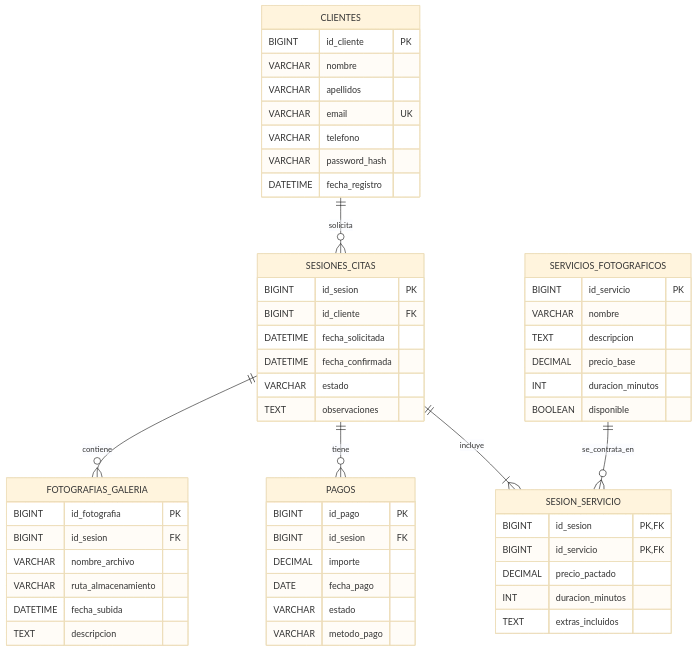
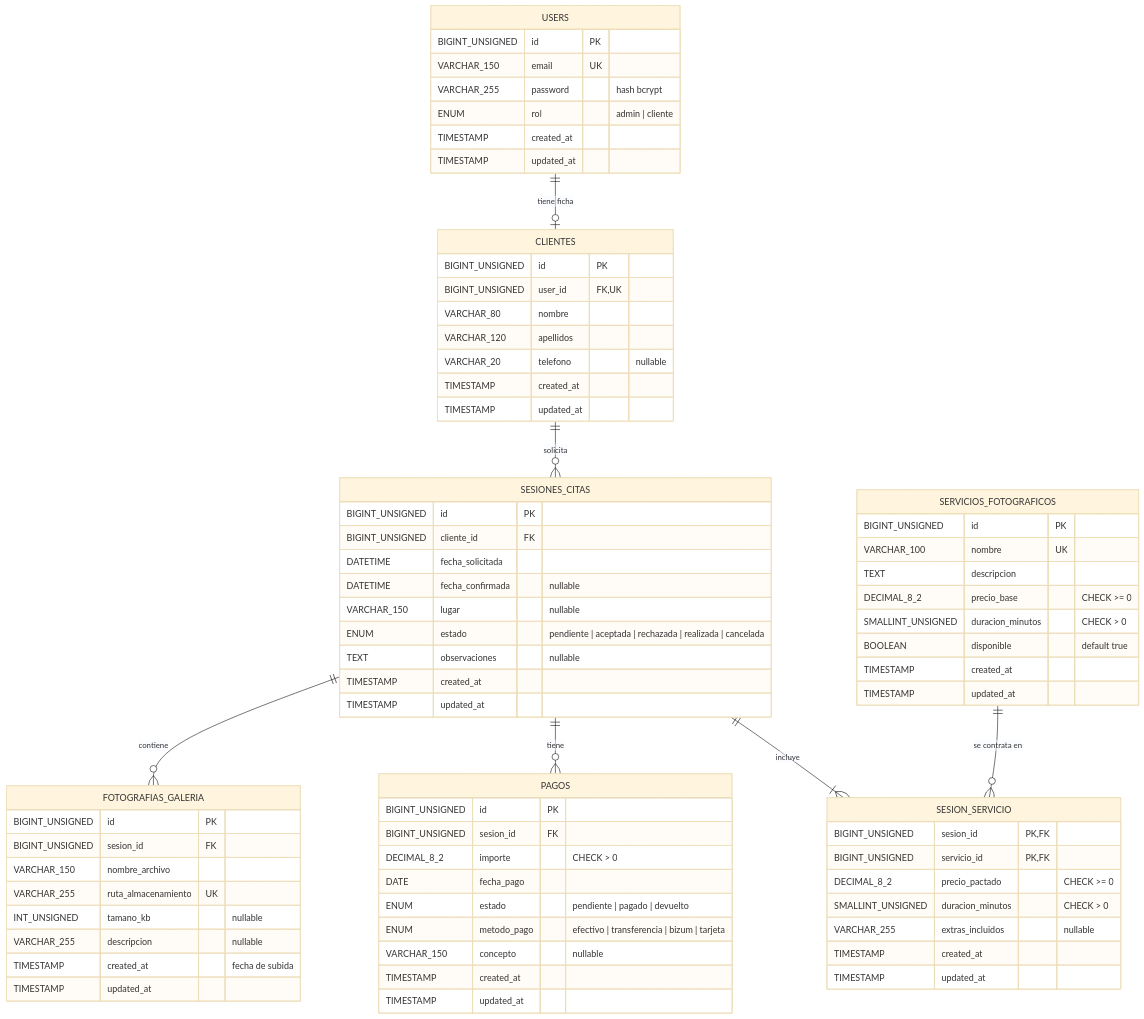
One commit to barbararequejo/daw-proyecto-fotogest-pro changed the diagram in docs/der.md. Above: the diagram before and after it, drawn with Mermaid (base theme). The commit also changed other lines of this file and 1 other file, not shown here.

Commit message:
docs: actualizar DER con tabla users y restricciones y añadir diccionario de datos

````diff
--- a/docs/der.md
+++ b/docs/der.md
@@ -11,62 +11,84 @@
 ```mermaid
 erDiagram
+    USERS ||--o| CLIENTES : "tiene ficha"
     CLIENTES ||--o{ SESIONES_CITAS : solicita
     SESIONES_CITAS ||--|{ SESION_SERVICIO : incluye
-    SERVICIOS_FOTOGRAFICOS ||--o{ SESION_SERVICIO : se_contrata_en
+    SERVICIOS_FOTOGRAFICOS ||--o{ SESION_SERVICIO : "se contrata en"
     SESIONES_CITAS ||--o{ PAGOS : tiene
     SESIONES_CITAS ||--o{ FOTOGRAFIAS_GALERIA : contiene
 
+    USERS {
+        BIGINT_UNSIGNED id PK
+        VARCHAR_150 email UK
+        VARCHAR_255 password "hash bcrypt"
+        ENUM rol "admin | cliente"
+        TIMESTAMP created_at
+        TIMESTAMP updated_at
+    }
+
     CLIENTES {
-        BIGINT id_cliente PK
-        VARCHAR nombre
-        VARCHAR apellidos
-        VARCHAR email UK
-        VARCHAR telefono
-        VARCHAR password_hash
-        DATETIME fecha_registro
+        BIGINT_UNSIGNED id PK
+        BIGINT_UNSIGNED user_id FK,UK
+        VARCHAR_80 nombre
+        VARCHAR_120 apellidos
+        VARCHAR_20 telefono "nullable"
+        TIMESTAMP created_at
+        TIMESTAMP updated_at
     }
 
     SERVICIOS_FOTOGRAFICOS {
-        BIGINT id_servicio PK
-        VARCHAR nombre
+        BIGINT_UNSIGNED id PK
+        VARCHAR_100 nombre UK
         TEXT descripcion
-        DECIMAL precio_base
-        INT duracion_minutos
-        BOOLEAN disponible
+        DECIMAL_8_2 precio_base "CHECK >= 0"
+        SMALLINT_UNSIGNED duracion_minutos "CHECK > 0"
+        BOOLEAN disponible "default true"
+        TIMESTAMP created_at
+        TIMESTAMP updated_at
     }
 
     SESIONES_CITAS {
-        BIGINT id_sesion PK
-        BIGINT id_cliente FK
+        BIGINT_UNSIGNED id PK
+        BIGINT_UNSIGNED cliente_id FK
         DATETIME fecha_solicitada
-        DATETIME fecha_confirmada
-        VARCHAR estado
-        TEXT observaciones
+        DATETIME fecha_confirmada "nullable"
+        VARCHAR_150 lugar "nullable"
+        ENUM estado "pendiente | aceptada | rechazada | realizada | cancelada"
+        TEXT observaciones "nullable"
+        TIMESTAMP created_at
+        TIMESTAMP updated_at
     }
 
     SESION_SERVICIO {
-        BIGINT id_sesion PK, FK
-        BIGINT id_servicio PK, FK
-        DECIMAL precio_pactado
-        INT duracion_minutos
-        TEXT extras_incluidos
+        BIGINT_UNSIGNED sesion_id PK,FK
+        BIGINT_UNSIGNED servicio_id PK,FK
+        DECIMAL_8_2 precio_pactado "CHECK >= 0"
+        SMALLINT_UNSIGNED duracion_minutos "CHECK > 0"
+        VARCHAR_255 extras_incluidos "nullable"
+        TIMESTAMP created_at
+        TIMESTAMP updated_at
     }
 
     PAGOS {
-        BIGINT id_pago PK
-        BIGINT id_sesion FK
-        DECIMAL importe
+        BIGINT_UNSIGNED id PK
+        BIGINT_UNSIGNED sesion_id FK
+        DECIMAL_8_2 importe "CHECK > 0"
         DATE fecha_pago
-        VARCHAR estado
-        VARCHAR metodo_pago
+        ENUM estado "pendiente | pagado | devuelto"
+        ENUM metodo_pago "efectivo | transferencia | bizum | tarjeta"
+        VARCHAR_150 concepto "nullable"
+        TIMESTAMP created_at
+        TIMESTAMP updated_at
     }
 
     FOTOGRAFIAS_GALERIA {
-        BIGINT id_fotografia PK
-        BIGINT id_sesion FK
-        VARCHAR nombre_archivo
-        VARCHAR ruta_almacenamiento
-        DATETIME fecha_subida
-        TEXT descripcion
+        BIGINT_UNSIGNED id PK
+        BIGINT_UNSIGNED sesion_id FK
+        VARCHAR_150 nombre_archivo
+        VARCHAR_255 ruta_almacenamiento UK
+        INT_UNSIGNED tamano_kb "nullable"
+        VARCHAR_255 descripcion "nullable"
+        TIMESTAMP created_at "fecha de subida"
+        TIMESTAMP updated_at
     }
 ```
````
